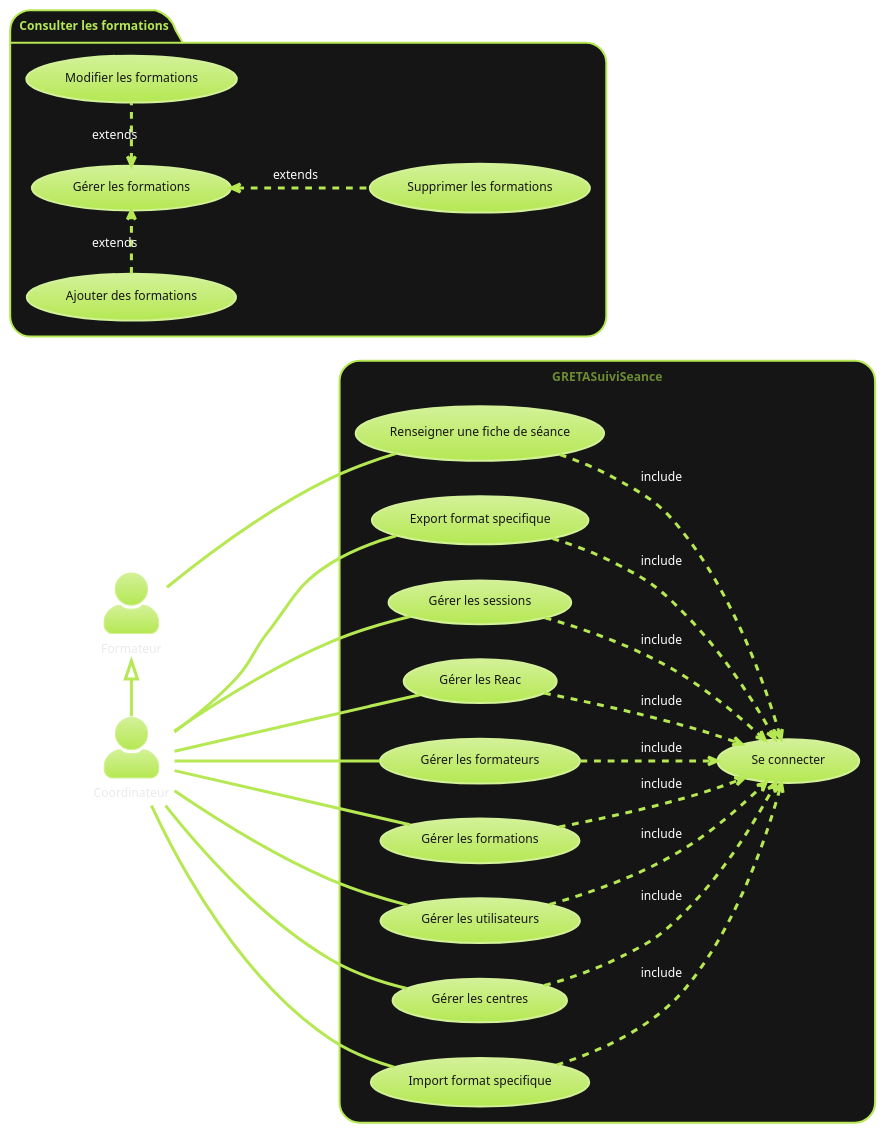
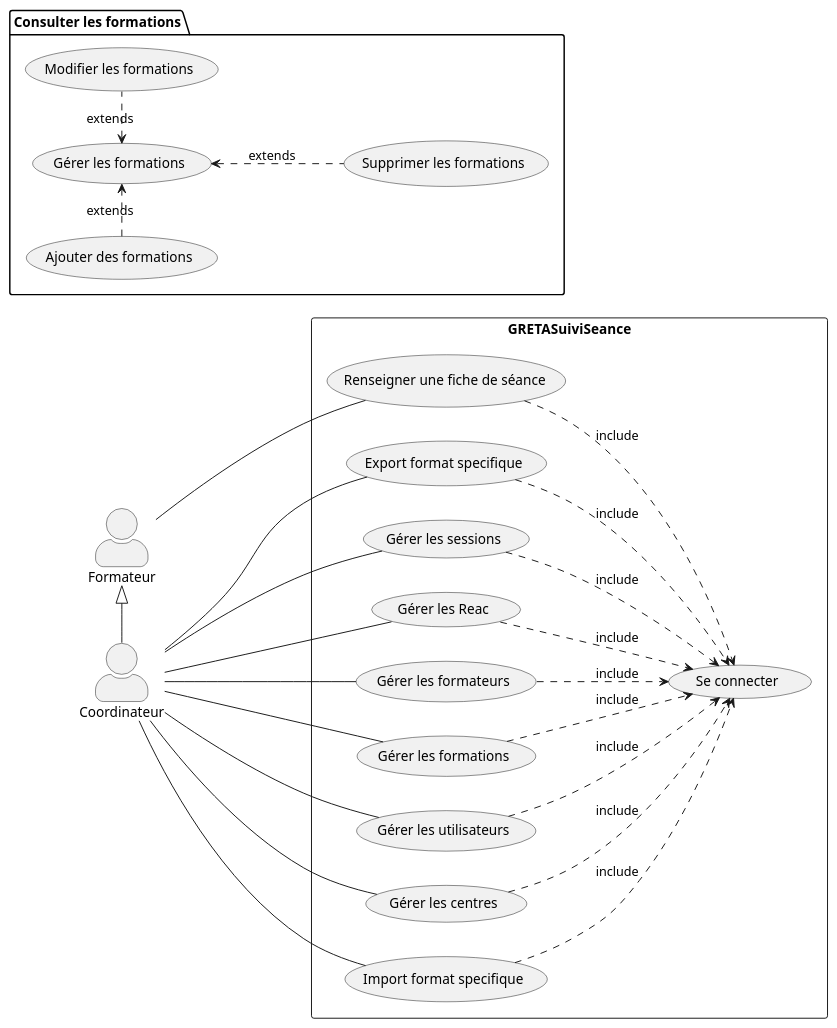
The diagram in doc/puml/UseCase.puml (GreenHawk-99/AppGreta), drawn with PlantUML before and after one commit. The commit also changed 6 other files, not shown here.

```diff
--- a/doc/puml/UseCase.puml
+++ b/doc/puml/UseCase.puml
@@ -1,51 +1,51 @@
 @startuml
-!theme hacker
+'!theme hacker
 
 left to right direction
 skinparam actorStyle awesome
 'note top of GRETASuiviSeance: test
 actor "Formateur" as forma
 actor "Coordinateur" as coor
 'actor "Visiteur" as vis
 rectangle GRETASuiviSeance {
   usecase "Renseigner une fiche de séance" as UC1
   usecase "Se connecter" as UC2
   usecase "Export format specifique" as UC3
   usecase "Gérer les sessions" as UC4
   usecase "Gérer les Reac" as UC5
   usecase "Gérer les formateurs" as UC6
   usecase "Gérer les formations" as UC10
   usecase "Gérer les utilisateurs" as UC11
   usecase "Gérer les centres" as UC12
   usecase "Import format specifique" as UC13
 }
 'vis --- UC2
 forma <|- coor
 forma - UC1
 UC1 ..> UC2 :include
 coor -- UC3
 coor -- UC4
 coor -- UC5
 coor -- UC6
 coor -- UC10
 coor -- UC11
 coor -- UC12
 coor -- UC13
 
 UC3 ..> UC2 :include
 UC4 ..> UC2 :include
 UC5 ..> UC2 :include
 UC6 ..> UC2 :include
 UC10 ..> UC2 :include
 UC11 ..> UC2 :include
 UC12 ..> UC2 :include
 UC13 ..> UC2 :include
 
 
 package "Consulter les formations" {
 
   (Gérer les formations) <. (Modifier les formations) : extends
   (Ajouter des formations) .> (Gérer les formations) : extends
 (Gérer les formations) <.. (Supprimer les formations) : extends
 }
 @enduml
```
